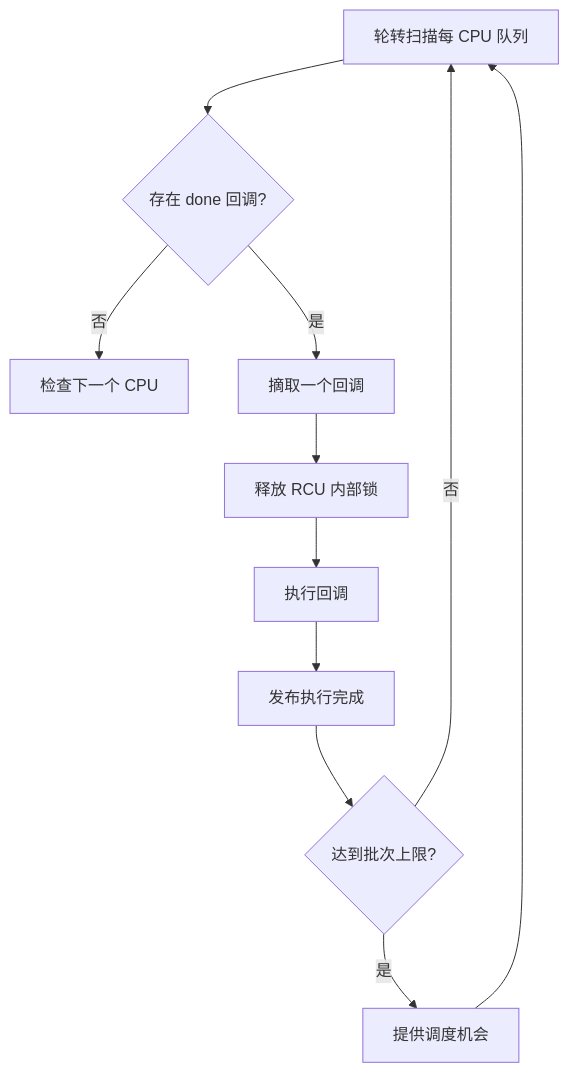
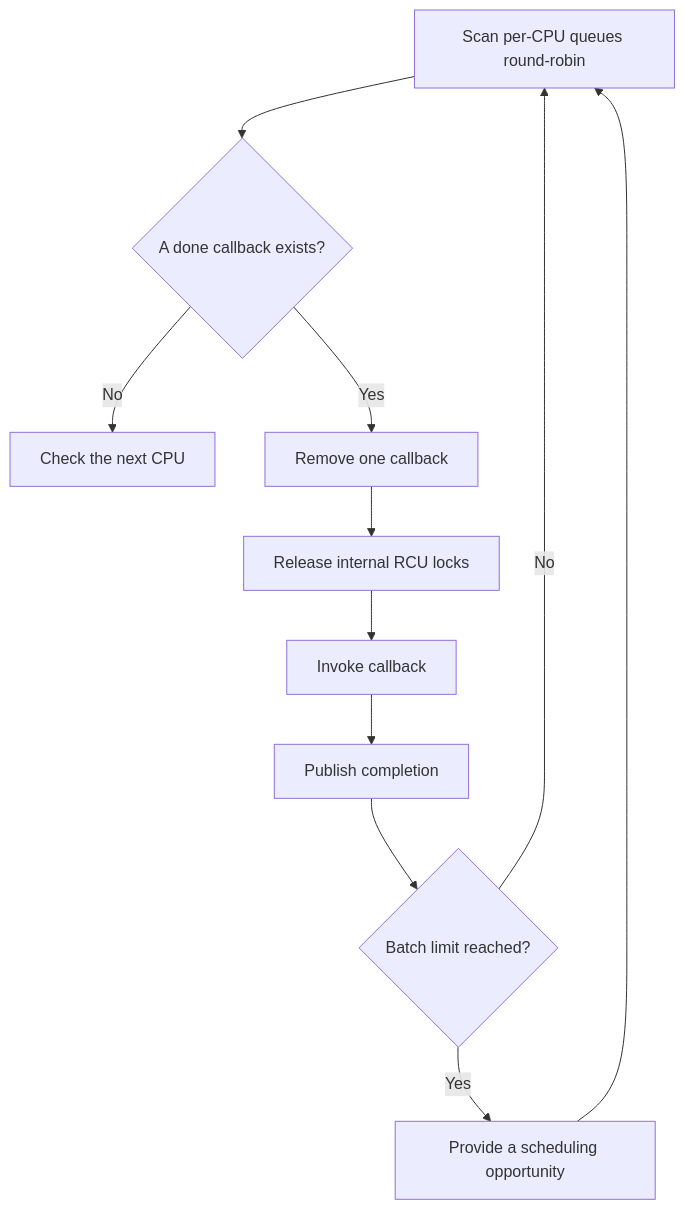
Before and after one commit to DragonOS-Community/DragonOS: the fifth of 8 diagrams in docs/kernel/rcu/segmented-callback-queues.md, drawn with Mermaid. The commit also changed other lines of this file and 2058 other files, not shown here.

````diff
--- a/docs/kernel/rcu/segmented-callback-queues.md
+++ b/docs/kernel/rcu/segmented-callback-queues.md
@@ -165,13 +165,13 @@
 ```mermaid
 flowchart TD
-    Scan[轮转扫描每 CPU 队列] --> Ready{存在 done 回调?}
-    Ready -->|否| NextCPU[检查下一个 CPU]
-    Ready -->|是| Pop[摘取一个回调]
-    Pop --> Unlock[释放 RCU 内部锁]
-    Unlock --> Invoke[执行回调]
-    Invoke --> Complete[发布执行完成]
-    Complete --> Limit{达到批次上限?}
-    Limit -->|否| Scan
-    Limit -->|是| Yield[提供调度机会]
+    Scan[Scan per-CPU queues round-robin] --> Ready{A done callback exists?}
+    Ready -->|No| NextCPU[Check the next CPU]
+    Ready -->|Yes| Pop[Remove one callback]
+    Pop --> Unlock[Release internal RCU locks]
+    Unlock --> Invoke[Invoke callback]
+    Invoke --> Complete[Publish completion]
+    Complete --> Limit{Batch limit reached?}
+    Limit -->|No| Scan
+    Limit -->|Yes| Yield[Provide a scheduling opportunity]
     Yield --> Scan
 ```
````
